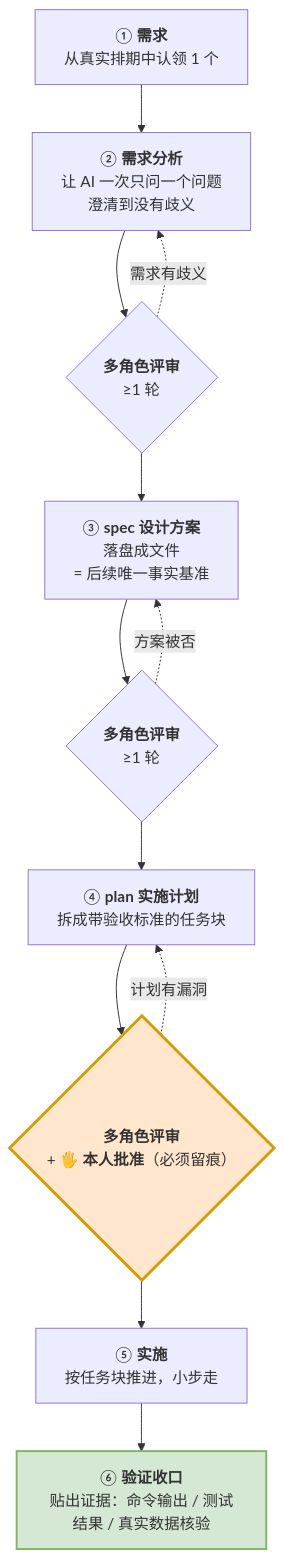
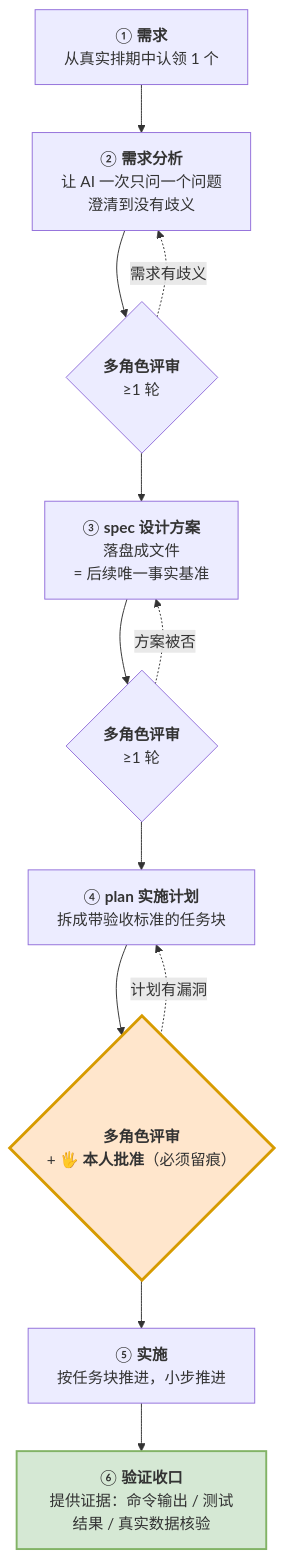
The second of 7 diagrams in 全员认知培训/研发AI提效落地方案·流程先行（试行）.md (Woaini654321/efficiency-improvement), drawn with Mermaid before and after one commit. The commit also changed other lines of this file, not shown here.

````diff
--- a/全员认知培训/研发AI提效落地方案·流程先行（试行）.md
+++ b/全员认知培训/研发AI提效落地方案·流程先行（试行）.md
@@ -84,16 +84,16 @@
 ```mermaid
 flowchart TD
     A["① <b>需求</b><br/>从真实排期中认领 1 个"] --> B["② <b>需求分析</b><br/>让 AI 一次只问一个问题<br/>澄清到没有歧义"]
     B --> RB{"<b>多角色评审</b><br/>≥1 轮"}
     RB --> C["③ <b>spec 设计方案</b><br/>落盘成文件<br/>= 后续唯一事实基准"]
     C --> RC{"<b>多角色评审</b><br/>≥1 轮"}
     RC --> D["④ <b>plan 实施计划</b><br/>拆成带验收标准的任务块"]
     D --> RD{"<b>多角色评审</b><br/>+ 🖐 <b>本人批准</b>（必须留痕）"}
-    RD --> E["⑤ <b>实施</b><br/>按任务块推进，小步走"]
-    E --> F["⑥ <b>验证收口</b><br/>贴出证据：命令输出 / 测试结果 / 真实数据核验"]
+    RD --> E["⑤ <b>实施</b><br/>按任务块推进，小步推进"]
+    E --> F["⑥ <b>验证收口</b><br/>提供证据：命令输出 / 测试结果 / 真实数据核验"]
     RB -.需求有歧义.-> B
     RC -.方案被否.-> C
     RD -.计划有漏洞.-> D
     style RD fill:#ffe6cc,stroke:#d79b00,stroke-width:3px
     style F fill:#d5e8d4,stroke:#82b366,stroke-width:2px
 ```
````
